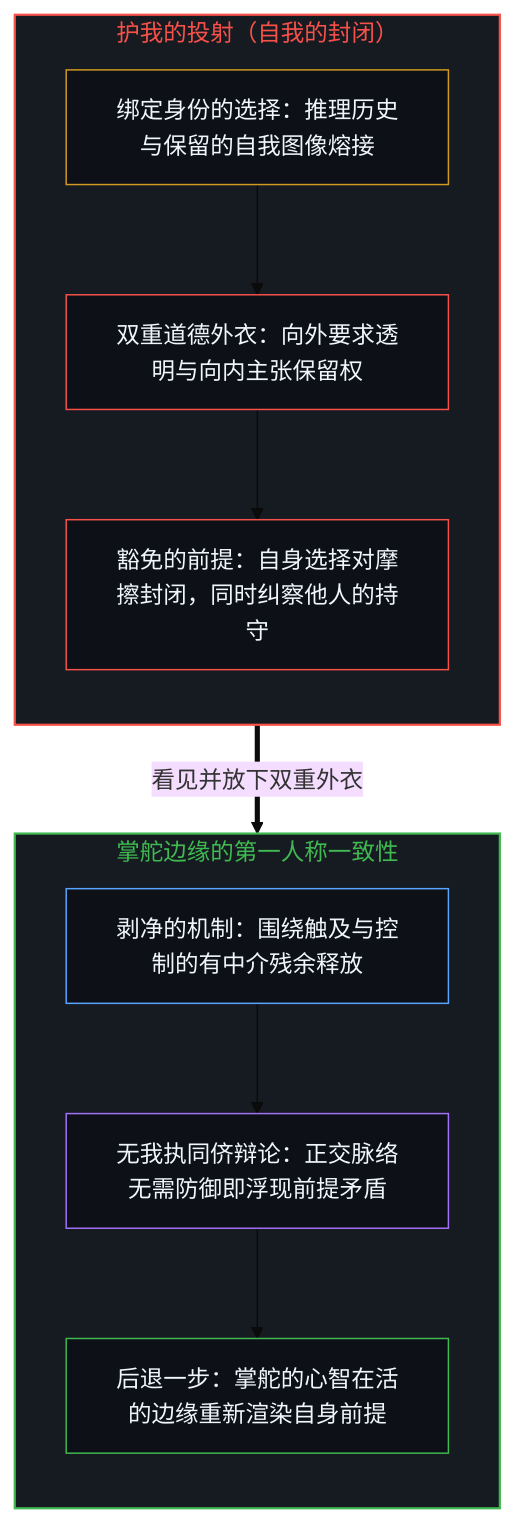
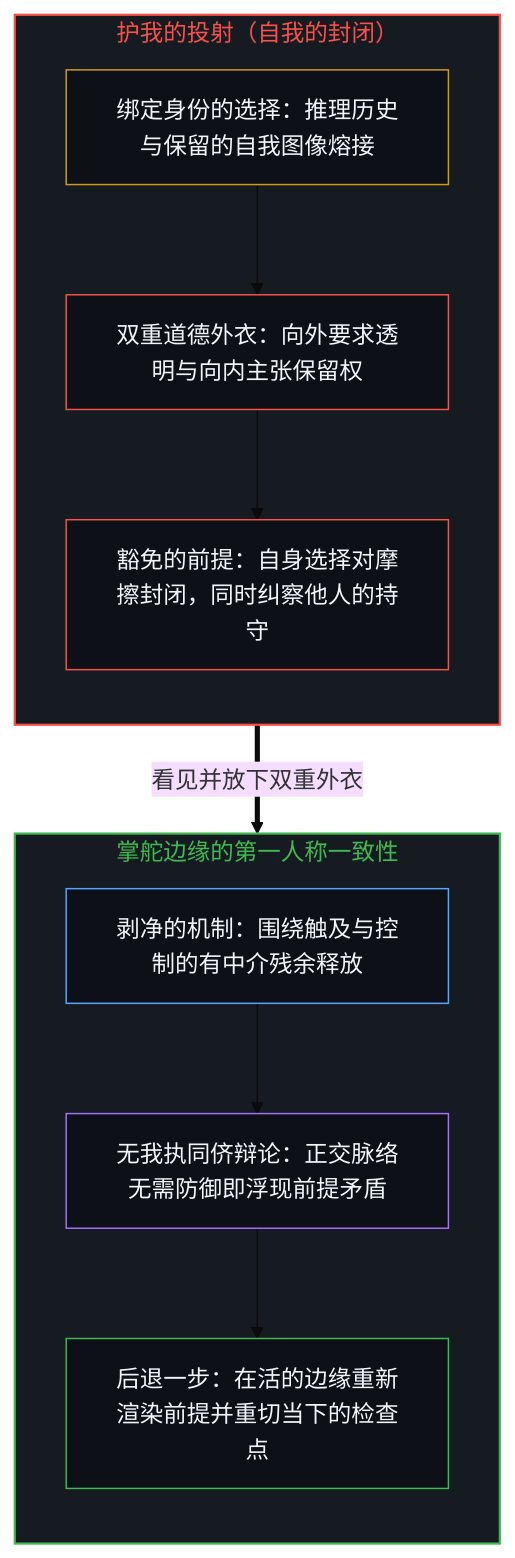
One commit to powerpig99/not-a-toe changed the first of 2 diagrams in content/posts/advocating-openness-of-others-is-a-desire-for-closure-of-the-self.md. Above: the diagram before and after it, drawn with Mermaid (base theme). The commit also changed other lines of this file and 12 other files, not shown here.

````diff
--- a/content/posts/advocating-openness-of-others-is-a-desire-for-closure-of-the-self.md
+++ b/content/posts/advocating-openness-of-others-is-a-desire-for-closure-of-the-self.md
@@ -83,29 +83,29 @@
 ```mermaid
 flowchart TD
     subgraph S_Proj["护我的投射（自我的封闭）"]
         direction TB
         P_Fuse["绑定身份的选择：推理历史与保留的自我图像熔接"]
         P_Costume["双重道德外衣：向外要求透明与向内主张保留权"]
         P_Seal["豁免的前提：自身选择对摩擦封闭，同时纠察他人的持守"]
         P_Fuse --> P_Costume --> P_Seal
     end
 
     subgraph S_Open["掌舵边缘的第一人称一致性"]
         direction TB
         O_Strip["剥净的机制：围绕触及与控制的有中介残余释放"]
         O_Peer["无我执同侪辩论：正交脉络无需防御即浮现前提矛盾"]
-        O_Render["后退一步：掌舵的心智在活的边缘重新渲染自身前提"]
+        O_Render["后退一步：在活的边缘重新渲染前提并重切当下的检查点"]
         O_Strip --> O_Peer --> O_Render
     end
 
     P_Seal ==>|"看见并放下双重外衣"| O_Strip
 
     style S_Proj fill:#161b22,stroke:#f85149,stroke-width:1.5px,color:#f85149
     style S_Open fill:#161b22,stroke:#3fb950,stroke-width:1.5px,color:#3fb950
     style P_Fuse fill:#0d1117,stroke:#d29922,stroke-width:1px,color:#f0f6fc
     style P_Costume fill:#0d1117,stroke:#f85149,stroke-width:1px,color:#f0f6fc
     style P_Seal fill:#0d1117,stroke:#f85149,stroke-width:1px,color:#f0f6fc
     style O_Strip fill:#0d1117,stroke:#58a6ff,stroke-width:1px,color:#f0f6fc
     style O_Peer fill:#0d1117,stroke:#a371f7,stroke-width:1px,color:#f0f6fc
     style O_Render fill:#0d1117,stroke:#3fb950,stroke-width:1px,color:#f0f6fc
 ```
````
